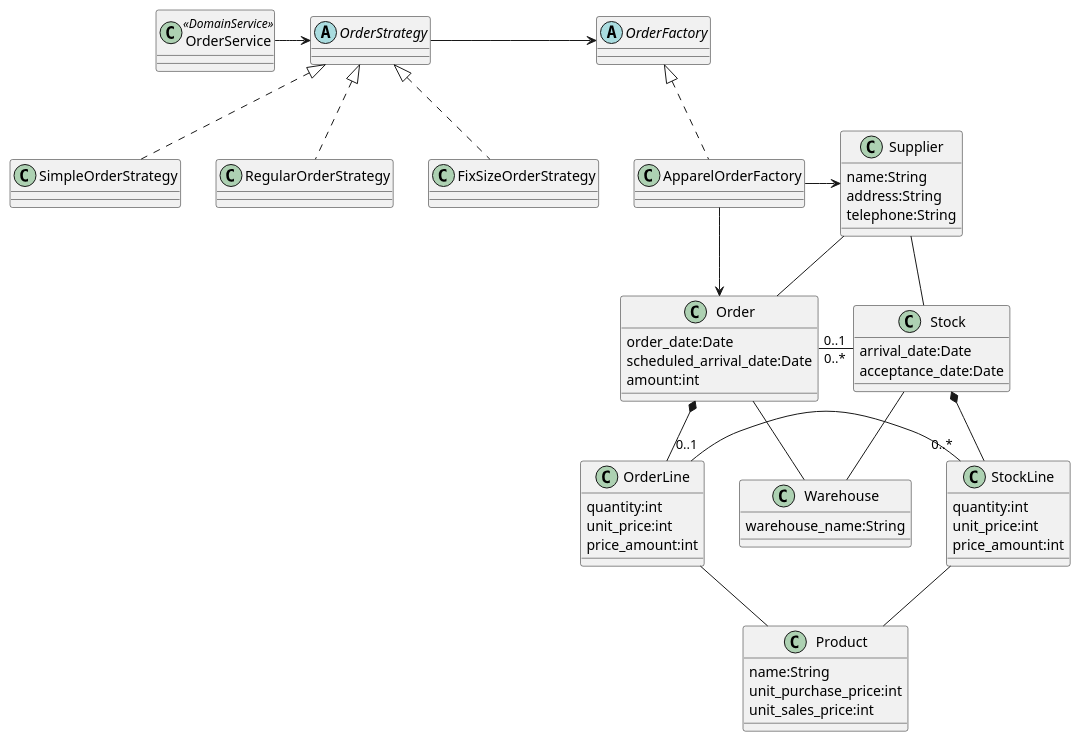
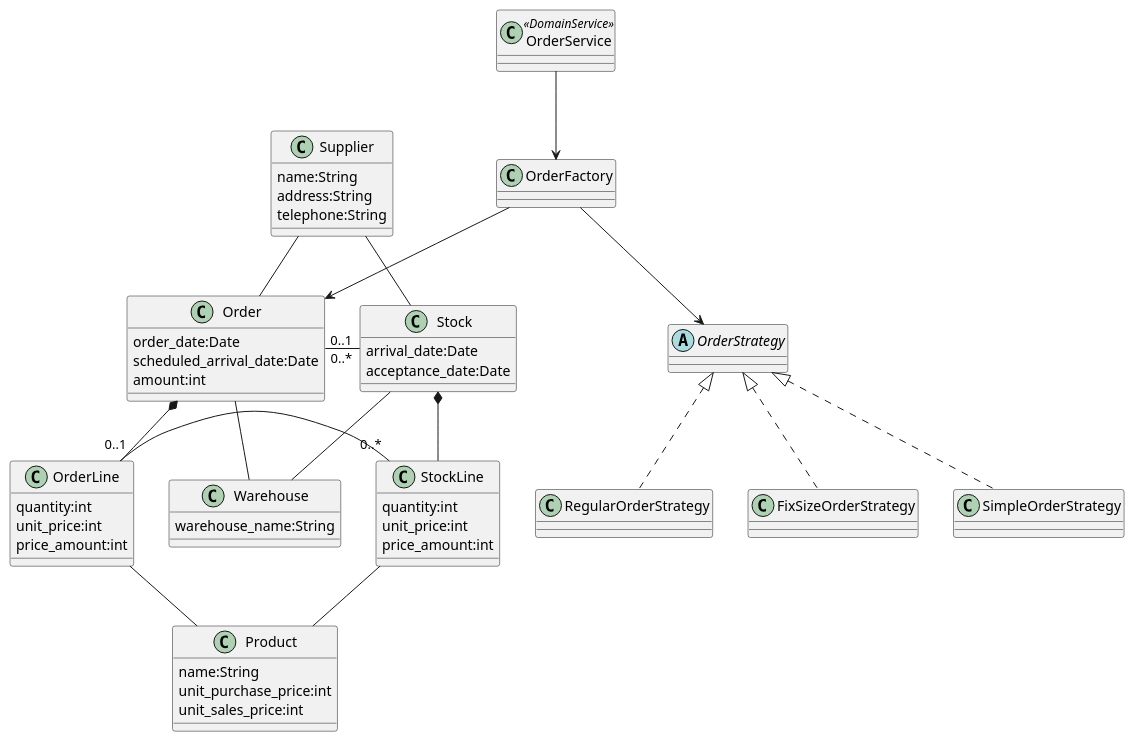
Before and after one commit to k2works/etude_for_rails: the fourth of 5 diagrams in docs/dev/sales_modeling/purchase.md, drawn with PlantUML. The commit also changed 9 other files, not shown here.

````diff
--- a/docs/dev/sales_modeling/purchase.md
+++ b/docs/dev/sales_modeling/purchase.md
@@ -137,67 +137,63 @@
 ```puml
 class Supplier {
   name:String
   address:String
   telephone:String
 }
 class Order {
   order_date:Date
   scheduled_arrival_date:Date
   amount:int
 }
 class OrderLine {
   quantity:int
   unit_price:int
   price_amount:int  
 }
 class Stock {
   arrival_date:Date
   acceptance_date:Date
 }
 class StockLine {
   quantity:int
   unit_price:int
   price_amount:int
 }
 class Warehouse {
   warehouse_name:String
 }
 class Product {
   name:String
   unit_purchase_price:int
   unit_sales_price:int
 }
 class OrderService << DomainService >>{
 }
 abstract class OrderStrategy {
 }
 class RegularOrderStrategy {
 }
 class FixSizeOrderStrategy {  
 }
 class SimpleOrderStrategy {
 }
-abstract class OrderFactory {
-}
-class ApparelOrderFactory {  
+class OrderFactory {
 }
 
-OrderService -> OrderStrategy
-OrderStrategy -> OrderFactory
-OrderFactory <|.. ApparelOrderFactory
-ApparelOrderFactory -> Order
-ApparelOrderFactory -> Supplier
+OrderService --> OrderFactory
+OrderFactory --> OrderStrategy
+OrderFactory --> Order
 OrderStrategy <|.. RegularOrderStrategy
 OrderStrategy <|.. FixSizeOrderStrategy
 OrderStrategy <|.. SimpleOrderStrategy
 Supplier -- Order
 Order *-- OrderLine
 OrderLine -- Product
 Order -- Warehouse
 Supplier - Stock
 Order "0..1"-"0..*" Stock
 Stock -- Warehouse
 Stock *- StockLine
 OrderLine "0..1"-"0..*" StockLine
 StockLine -- Product
 ```
````
